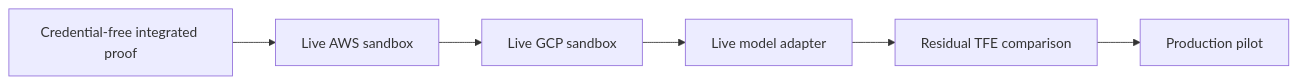
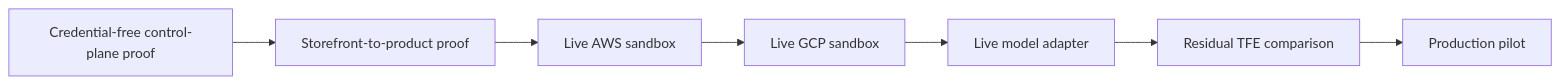
The fifth of 5 diagrams in README.md (SAABOLImpactVenture/ai-powered-infrastructure-as-a-product), drawn with Mermaid before and after one commit. The commit also changed other lines of this file and 3 other files, not shown here.

First line of the commit message:
Add Backstage as the bounded infrastructure-product storefront (#97)

````diff
--- a/README.md
+++ b/README.md
@@ -165,8 +253,9 @@
 ```mermaid
 flowchart LR
-  G0[Credential-free integrated proof] --> G1[Live AWS sandbox]
-  G1 --> G2[Live GCP sandbox]
-  G2 --> G3[Live model adapter]
-  G3 --> G4[Residual TFE comparison]
-  G4 --> G5[Production pilot]
+  G0[Credential-free control-plane proof] --> G1[Storefront-to-product proof]
+  G1 --> G2[Live AWS sandbox]
+  G2 --> G3[Live GCP sandbox]
+  G3 --> G4[Live model adapter]
+  G4 --> G5[Residual TFE comparison]
+  G5 --> G6[Production pilot]
 ```
````
